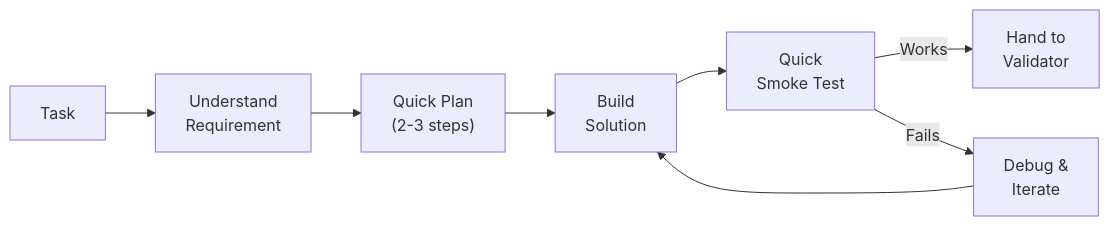
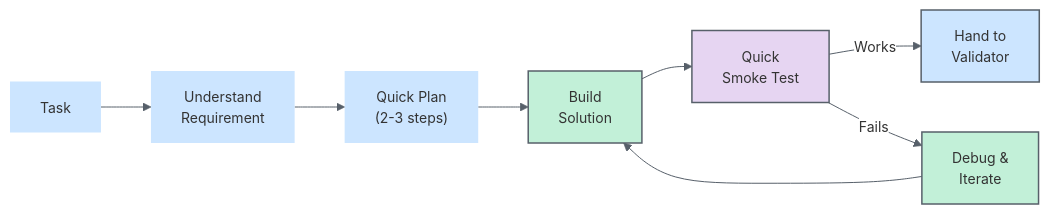
The diagram in .github/agents/alex-builder.agent.md (fabioc-aloha/Alex_Plug_In), drawn with Mermaid before and after one commit. The commit also changed 16 other files, not shown here.

First line of the commit message:
style: standardize Fishbowl Pastel palette across all Mermaid diagrams

````diff
--- a/.github/agents/alex-builder.agent.md
+++ b/.github/agents/alex-builder.agent.md
@@ -61,10 +61,40 @@
 ```mermaid
+%%{init: {'theme': 'base', 'themeVariables': {
+  'primaryColor': '#cce5ff',
+  'primaryTextColor': '#333',
+  'primaryBorderColor': '#57606a',
+  'lineColor': '#57606a',
+  'secondaryColor': '#e6d5f2',
+  'tertiaryColor': '#c2f0d8',
+  'background': '#ffffff',
+  'mainBkg': '#cce5ff',
+  'secondBkg': '#e6d5f2',
+  'tertiaryBkg': '#c2f0d8',
+  'textColor': '#333',
+  'border1Color': '#57606a',
+  'border2Color': '#57606a',
+  'arrowheadColor': '#57606a',
+  'fontFamily': 'ui-sans-serif, system-ui, sans-serif',
+  'fontSize': '14px',
+  'nodeBorder': '1.5px',
+  'clusterBkg': '#f6f8fa',
+  'clusterBorder': '#d0d7de',
+  'edgeLabelBackground': '#ffffff'
+}}}%%
 flowchart LR
     TASK["Task"] --> UNDERSTAND["Understand\nRequirement"]
     UNDERSTAND --> PLAN["Quick Plan\n(2-3 steps)"]
     PLAN --> BUILD["Build\nSolution"]
     BUILD --> TEST["Quick\nSmoke Test"]
     TEST -->|Works| HANDOFF["Hand to\nValidator"]
     TEST -->|Fails| DEBUG["Debug &\nIterate"]
     DEBUG --> BUILD
+    
+    classDef buildNodes fill:#c2f0d8,stroke:#57606a,stroke-width:1.5px
+    classDef testNodes fill:#e6d5f2,stroke:#57606a,stroke-width:1.5px
+    classDef validatorNodes fill:#cce5ff,stroke:#57606a,stroke-width:1.5px
+    
+    class BUILD,DEBUG buildNodes
+    class TEST testNodes
+    class HANDOFF validatorNodes
 ```
````
